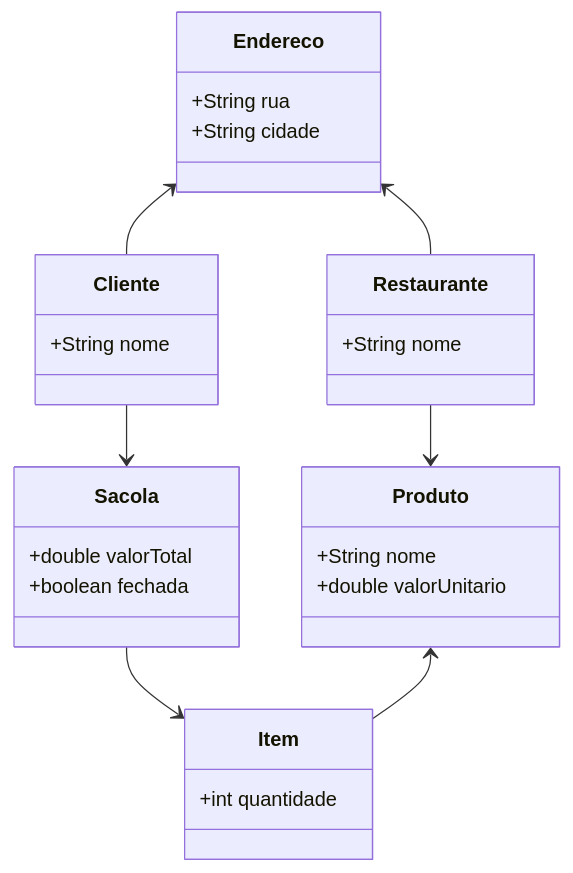
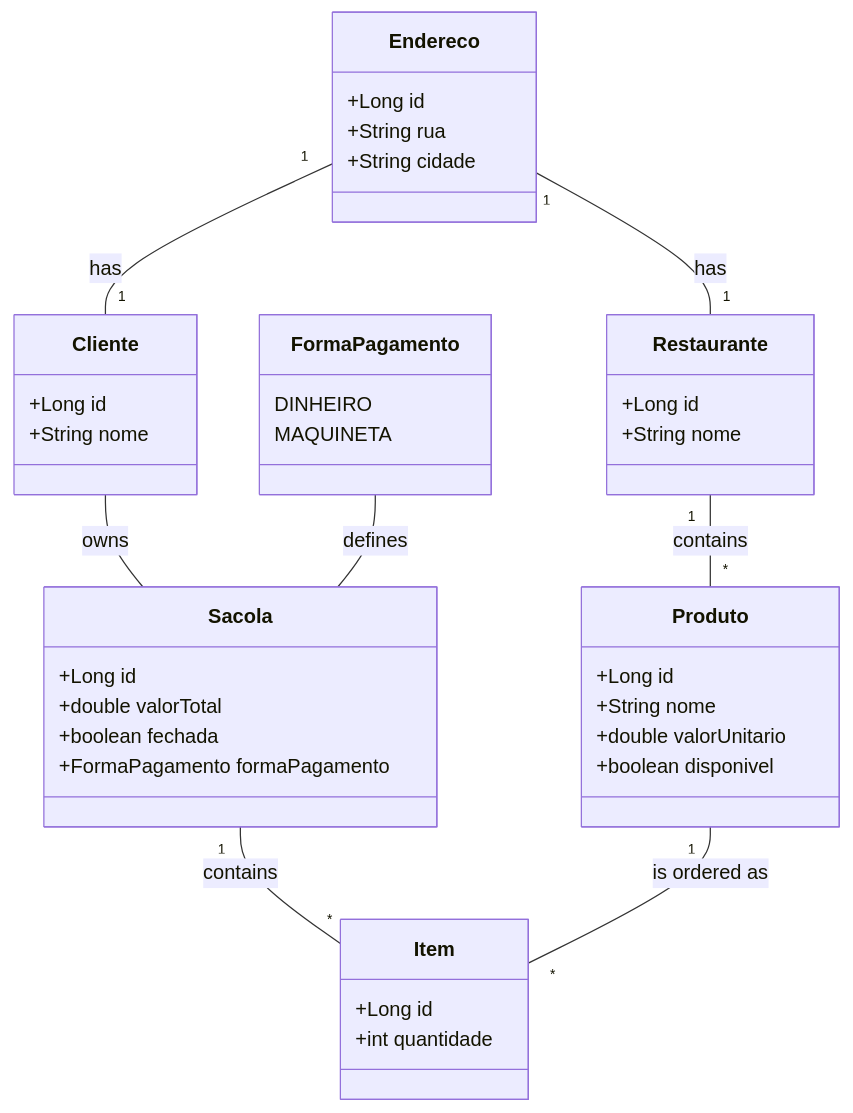
Before and after one commit to barrosohub/sacola-api: the diagram in README.md, drawn with Mermaid. The commit also changed other lines of this file, not shown here.

````diff
--- a/README.md
+++ b/README.md
@@ -53,30 +7,44 @@
 ```mermaid
 classDiagram
-    Endereco <-- Restaurante
-    Restaurante --> Produto
-    Endereco <-- Cliente
-    Cliente --> Sacola
-    Sacola --> Item
-    Produto <-- Item
+    Endereco "1" -- "1" Cliente : has
+    Endereco "1" -- "1" Restaurante : has
+    Restaurante "1" -- "*" Produto : contains
+    Cliente -- Sacola : owns
+    Sacola "1" -- "*" Item : contains
+    Produto "1" -- "*" Item : is ordered as
+    FormaPagamento -- Sacola : defines
+
     class Endereco {
+        +Long id
         +String rua
         +String cidade
     }
     class Restaurante {
+        +Long id
         +String nome
     }
     class Produto {
+        +Long id
         +String nome
         +double valorUnitario
+        +boolean disponivel
     }
     class Cliente {
+        +Long id
         +String nome
     }
     class Sacola {
+        +Long id
         +double valorTotal
         +boolean fechada
+        +FormaPagamento formaPagamento
     }
     class Item {
+        +Long id
         +int quantidade
     }
+    class FormaPagamento {
+        DINHEIRO
+        MAQUINETA
+    }
 ```
````
